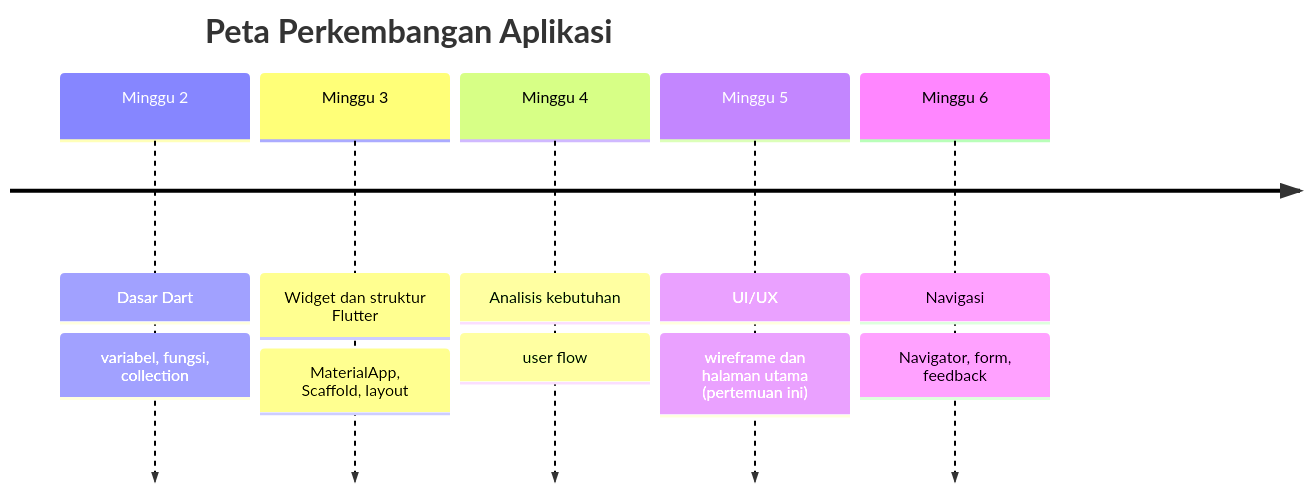
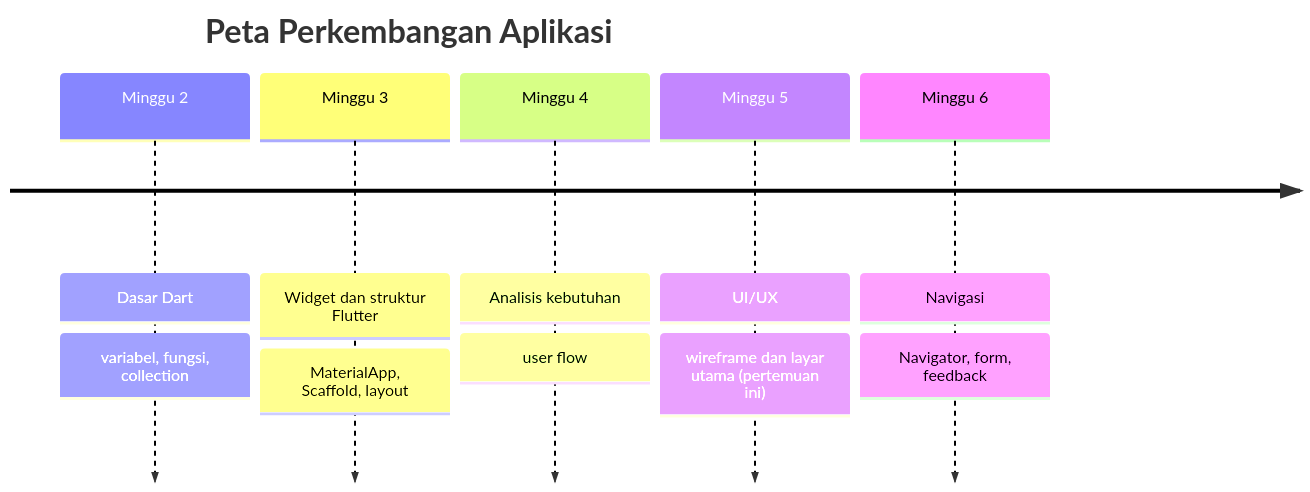
One commit to PBWFEND/PAB changed the third of 3 diagrams in pertemuan-05/05-Pertemuan-5.md. Above: the diagram before and after it, drawn with Mermaid. The commit also changed other lines of this file and 5 other files, not shown here.

Commit message:
Add Pertemuan 6 materials: navigation and interaction flow documentation and task guidelines

````diff
--- a/pertemuan-05/05-Pertemuan-5.md
+++ b/pertemuan-05/05-Pertemuan-5.md
@@ -440,9 +440,9 @@
 ```mermaid
 timeline
     title Peta Perkembangan Aplikasi
     Minggu 2 : Dasar Dart : variabel, fungsi, collection
     Minggu 3 : Widget dan struktur Flutter : MaterialApp, Scaffold, layout
     Minggu 4 : Analisis kebutuhan : user flow
-    Minggu 5 : UI/UX : wireframe dan halaman utama (pertemuan ini)
+   Minggu 5 : UI/UX : wireframe dan layar utama (pertemuan ini)
     Minggu 6 : Navigasi : Navigator, form, feedback
 ```
````
